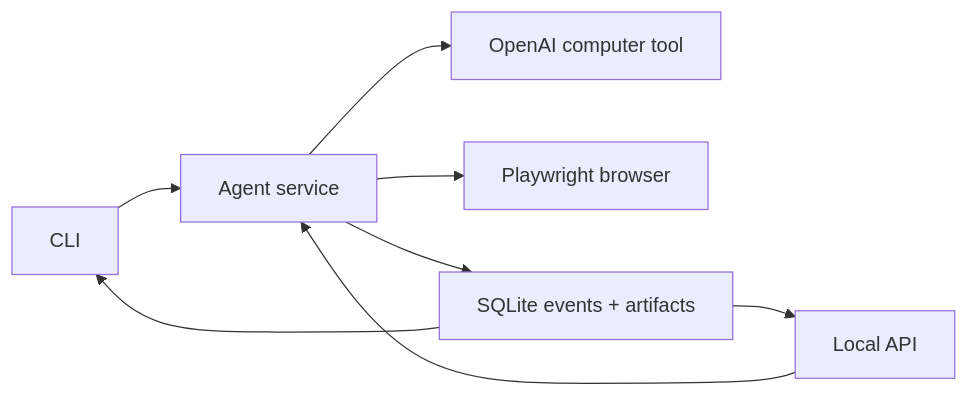
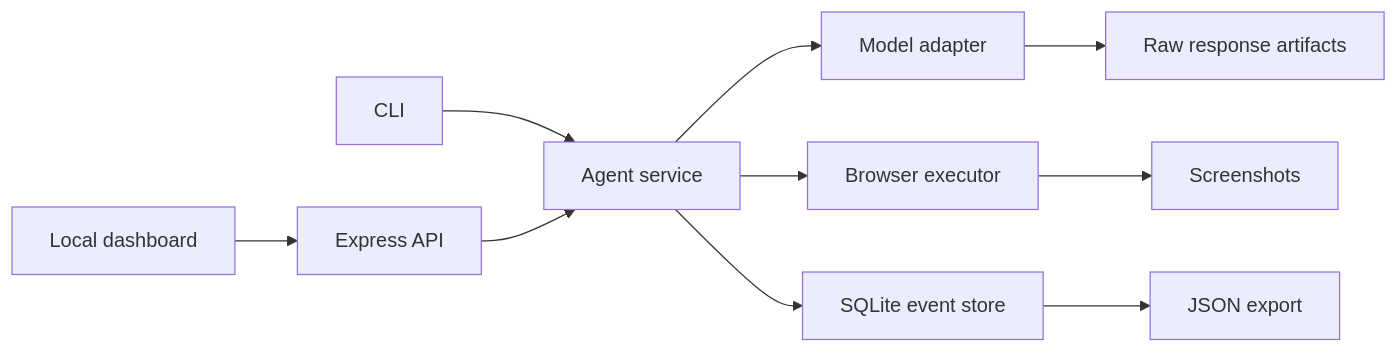
Before and after one commit to jeffbai996/computer-using-agent: the diagram in README.md, drawn with Mermaid. The commit also changed other lines of this file, not shown here.

````diff
--- a/README.md
+++ b/README.md
@@ -80,10 +277,12 @@
 ```mermaid
 flowchart LR
-  CLI[CLI] --> AGENT[Agent service]
-  API[Local API] --> AGENT
-  AGENT --> MODEL[OpenAI computer tool]
-  AGENT --> BROWSER[Playwright browser]
-  AGENT --> STORE[SQLite events + artifacts]
-  STORE --> CLI
-  STORE --> API
+  CLI["CLI"] --> Agent["Agent service"]
+  Dashboard["Local dashboard"] --> API["Express API"]
+  API --> Agent
+  Agent --> Model["Model adapter"]
+  Agent --> Browser["Browser executor"]
+  Agent --> Store["SQLite event store"]
+  Browser --> Artifacts["Screenshots"]
+  Model --> Raw["Raw response artifacts"]
+  Store --> Export["JSON export"]
 ```
````
